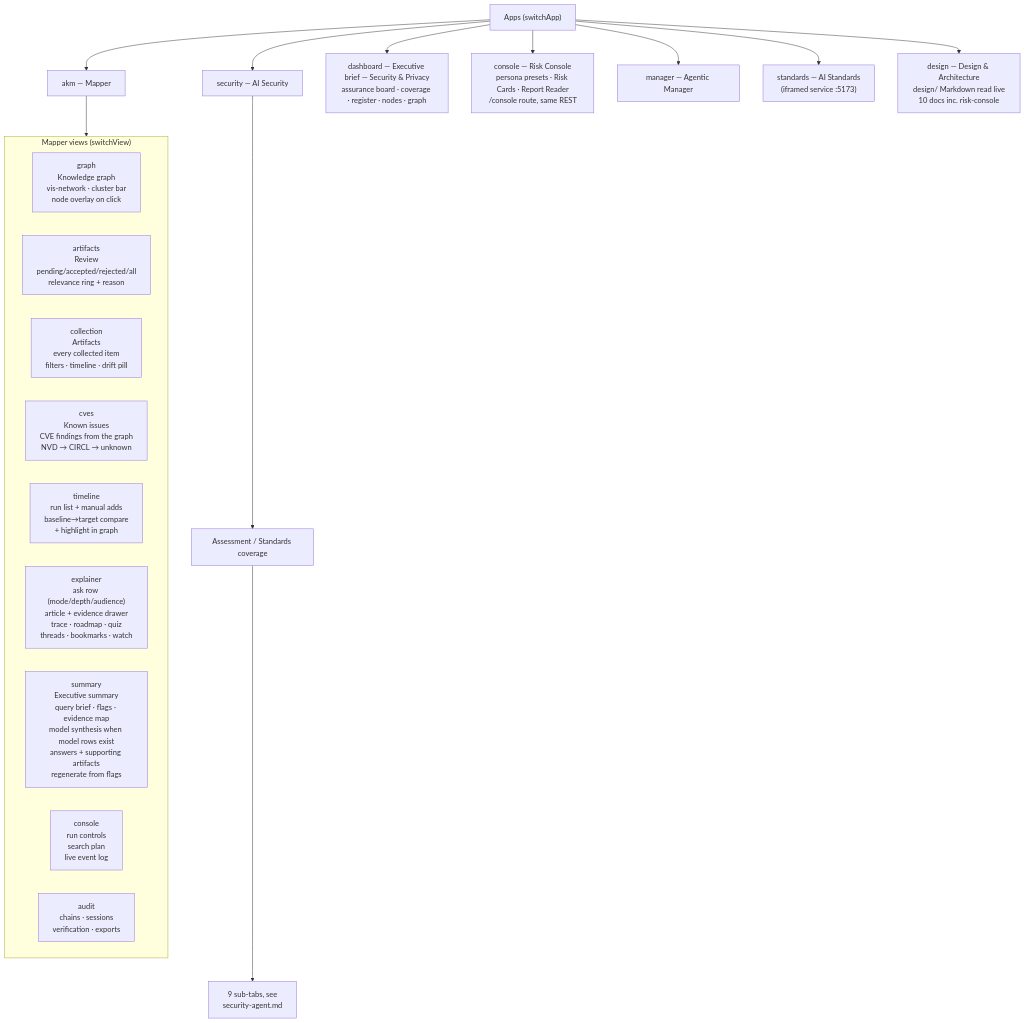
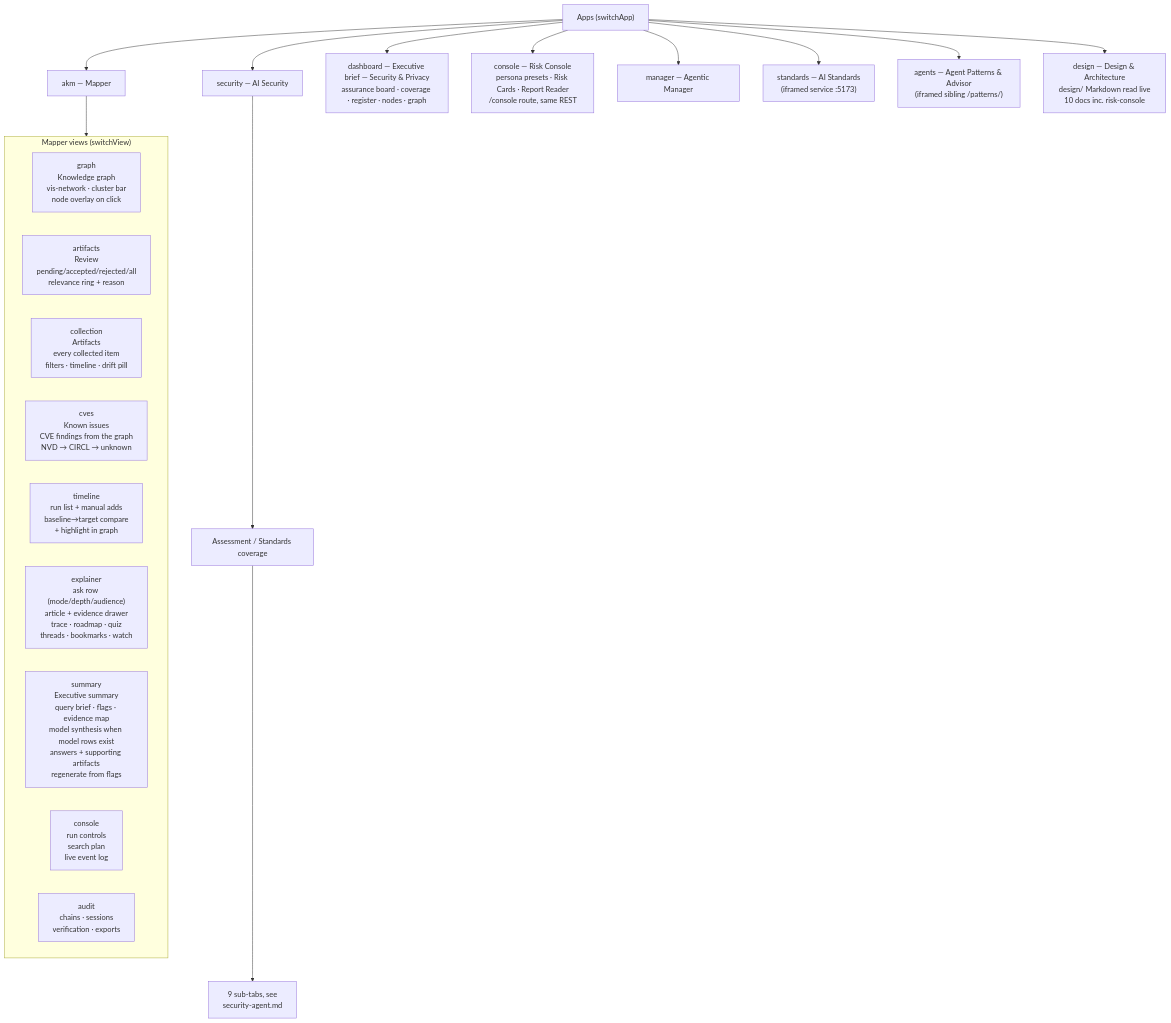
The first of 2 diagrams in docs/frontend.md (harishgovardhandamodar/agentic-knowledge-mapper), drawn with Mermaid before and after one commit. The commit also changed other lines of this file and 26 other files, not shown here.

First line of the commit message:
Add Agent Patterns & Advisor tab backed by sibling AI-Agents-Patterns catalog

````diff
--- a/docs/frontend.md
+++ b/docs/frontend.md
@@ -18,25 +18,26 @@
 ```mermaid
 flowchart TB
     APPS["Apps (switchApp)"]
     APPS --> AKM["akm — Mapper"]
     APPS --> SEC["security — AI Security"]
     APPS --> DASH["dashboard — Executive brief — Security & Privacy<br/>assurance board · coverage · register · nodes · graph"]
     APPS --> CONS["console — Risk Console<br/>persona presets · Risk Cards · Report Reader<br/>/console route, same REST"]
     APPS --> MGR["manager — Agentic Manager"]
     APPS --> STD["standards — AI Standards<br/>(iframed service :5173)"]
+    APPS --> AGT["agents — Agent Patterns & Advisor<br/>(iframed sibling /patterns/)"]
     APPS --> DSG["design — Design & Architecture<br/>design/ Markdown read live<br/>10 docs inc. risk-console"]
     AKM --> TABS
     subgraph TABS["Mapper views (switchView)"]
         G["graph<br/>Knowledge graph<br/>vis-network · cluster bar<br/>node overlay on click"]
         R["artifacts<br/>Review<br/>pending/accepted/rejected/all<br/>relevance ring + reason"]
         CO["collection<br/>Artifacts<br/>every collected item<br/>filters · timeline · drift pill"]
         CV["cves<br/>Known issues<br/>CVE findings from the graph<br/>NVD → CIRCL → unknown"]
         TL["timeline<br/>run list + manual adds<br/>baseline→target compare<br/>+ highlight in graph"]
         E["explainer<br/>ask row (mode/depth/audience)<br/>article + evidence drawer<br/>trace · roadmap · quiz<br/>threads · bookmarks · watch"]
         SU["summary<br/>Executive summary<br/>query brief · flags · evidence map<br/>model synthesis when model rows exist<br/>answers + supporting artifacts<br/>regenerate from flags"]
         C["console<br/>run controls<br/>search plan<br/>live event log"]
         AU["audit<br/>chains · sessions<br/>verification · exports"]
     end
     SEC --> SECP["Assessment / Standards coverage"]
     SECP --> S1["9 sub-tabs, see<br/>security-agent.md"]
 ```
````
